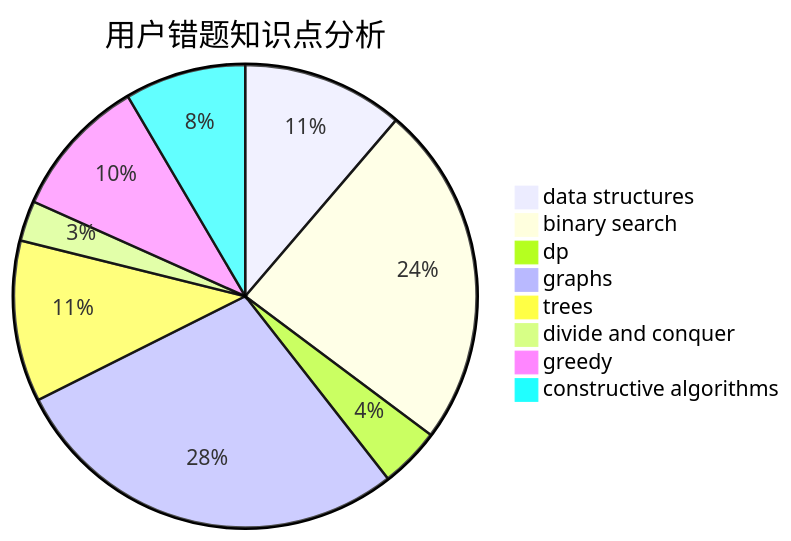
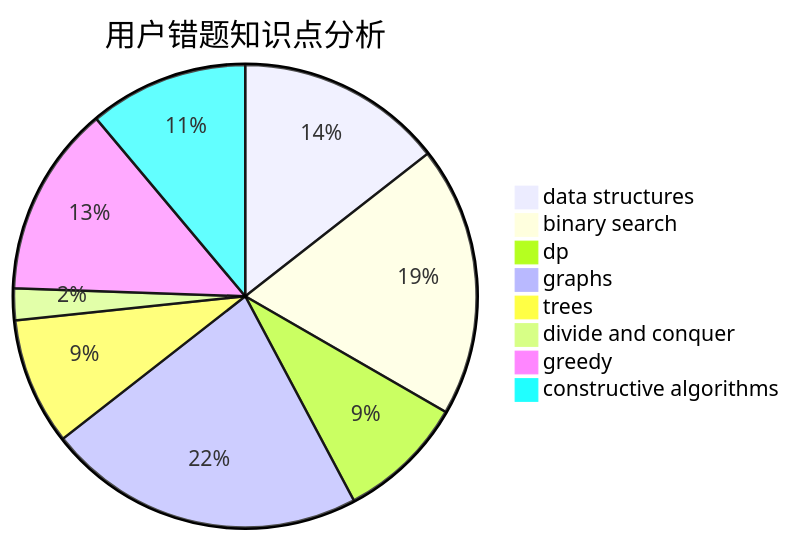
The third of 3 diagrams in docs/user/u1438.md (sherpahu/cfrs.github.io), drawn with Mermaid before and after one commit. The commit also changed other lines of this file and 2770 other files, not shown here.

````diff
--- a/docs/user/u1438.md
+++ b/docs/user/u1438.md
@@ -36,11 +36,11 @@
 ```mermaid
 pie title 用户错题知识点分析
-    "data structures" :  8
+    "data structures" :  13
     "binary search" :  17
-    "dp" :  3
+    "dp" :  8
     "graphs" :  20
     "trees" :  8
     "divide and conquer" :  2
-    "greedy" :  7
-    "constructive algorithms" :  6
+    "greedy" :  12
+    "constructive algorithms" :  10
 ```
````
